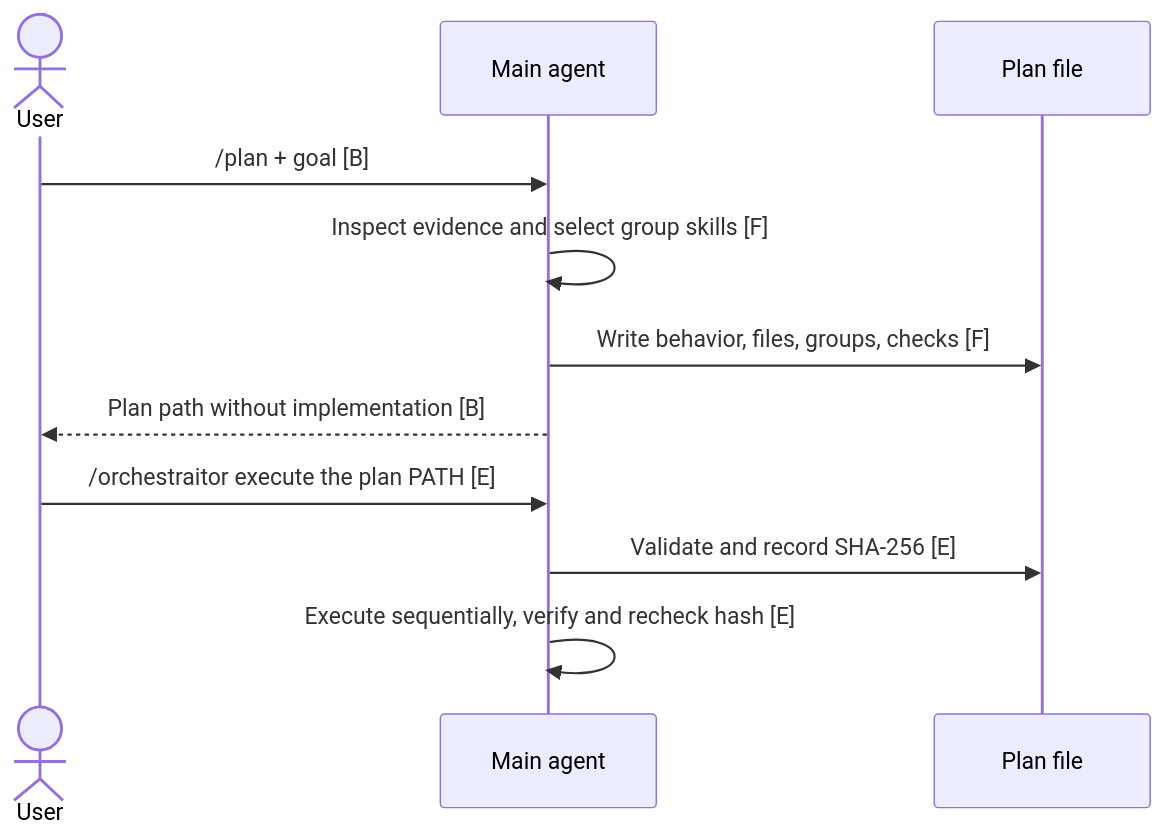
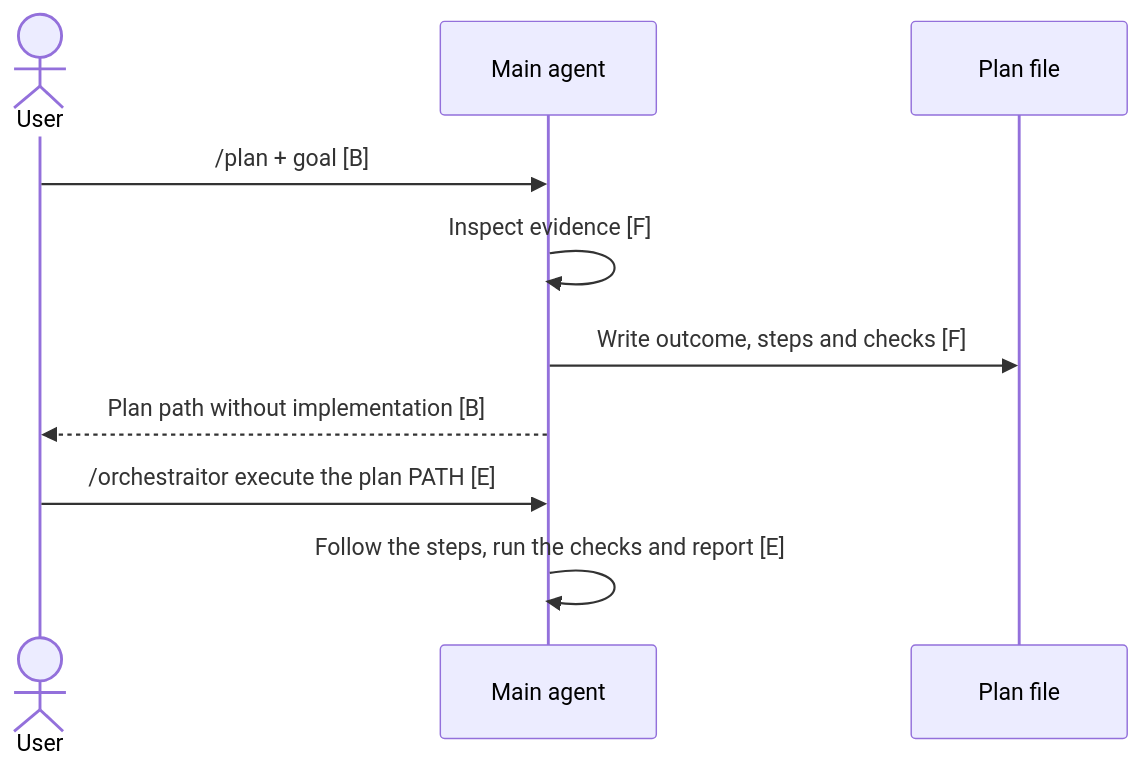
One commit to andresnator/pi-orchestraitor changed the second of 2 diagrams in docs/architecture/flows.md. Above: the diagram before and after it, drawn with Mermaid. The commit also changed other lines of this file and 22 other files, not shown here.

````diff
--- a/docs/architecture/flows.md
+++ b/docs/architecture/flows.md
@@ -41,13 +41,12 @@
 ```mermaid
 sequenceDiagram
   actor U as User
   participant A as Main agent
   participant P as Plan file
   U->>A: /plan + goal [B]
-  A->>A: Inspect evidence and select group skills [F]
-  A->>P: Write behavior, files, groups, checks [F]
+  A->>A: Inspect evidence [F]
+  A->>P: Write outcome, steps and checks [F]
   A-->>U: Plan path without implementation [B]
   U->>A: /orchestraitor execute the plan PATH [E]
-  A->>P: Validate and record SHA-256 [E]
-  A->>A: Execute sequentially, verify and recheck hash [E]
+  A->>A: Follow the steps, run the checks and report [E]
 ```
````
